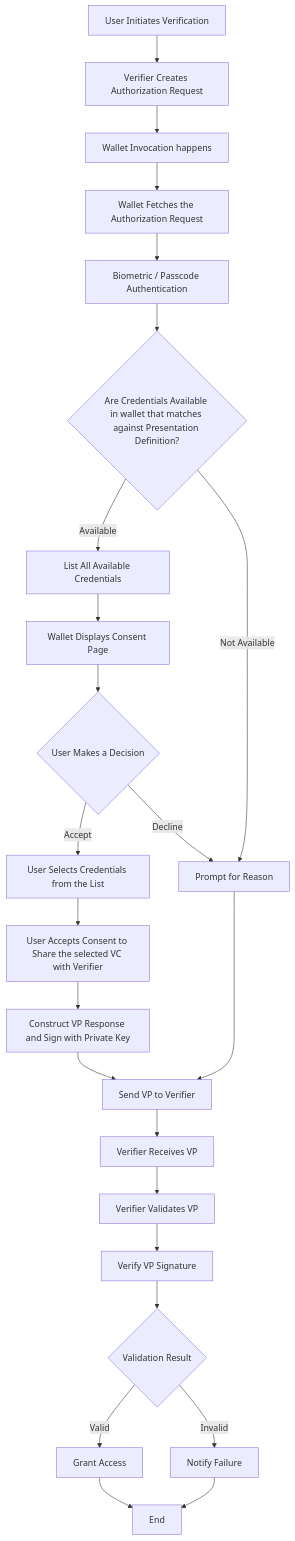
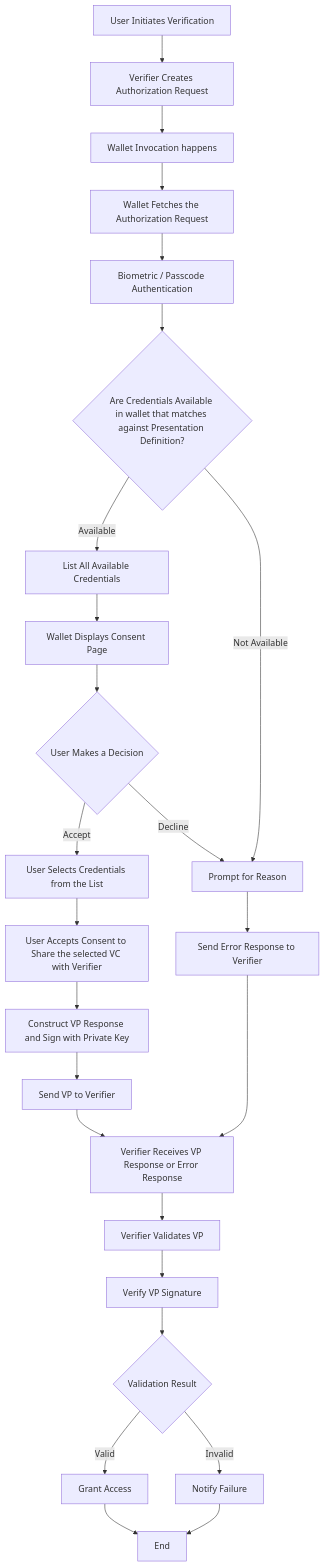
One commit to mosip/inji-verify changed the diagram in docs/OpenID4VPSameDeviceFlow.md. Above: the diagram before and after it, drawn with Mermaid. The commit also changed other lines of this file, not shown here.

````diff
--- a/docs/OpenID4VPSameDeviceFlow.md
+++ b/docs/OpenID4VPSameDeviceFlow.md
@@ -56,26 +54,27 @@
 ```mermaid
 flowchart TD
 A[User Initiates Verification] --> B[Verifier Creates Authorization Request]
 B --> C[Wallet Invocation happens]
 C --> D[Wallet Fetches the Authorization Request]
 D --> E[Biometric / Passcode Authentication]
 E --> F{Are Credentials Available in wallet that matches against Presentation Definition?}
 F -- Available --> G[List All Available Credentials]
 G --> H[Wallet Displays Consent Page]
 H --> I{User Makes a Decision}
 I -- Accept --> J[User Selects Credentials from the List]
 I -- Decline --> K[Prompt for Reason]
 J --> L[User Accepts Consent to Share the selected VC with Verifier]
 L --> M[Construct VP Response and Sign with Private Key]
 M --> N[Send VP to Verifier]
-K --> N
-N --> O[Verifier Receives VP]
+K --> N1[Send Error Response to Verifier]
+N --> O[Verifier Receives VP Response or Error Response]
+N1 --> O
 O --> P[Verifier Validates VP]
 P --> Q[Verify VP Signature]
 Q --> R{Validation Result}
 R -- Valid --> S[Grant Access]
 R -- Invalid --> T[Notify Failure]
 S --> U[End]
 T --> U
 F -- Not Available --> K[Prompt for Reason]
 ```
````
